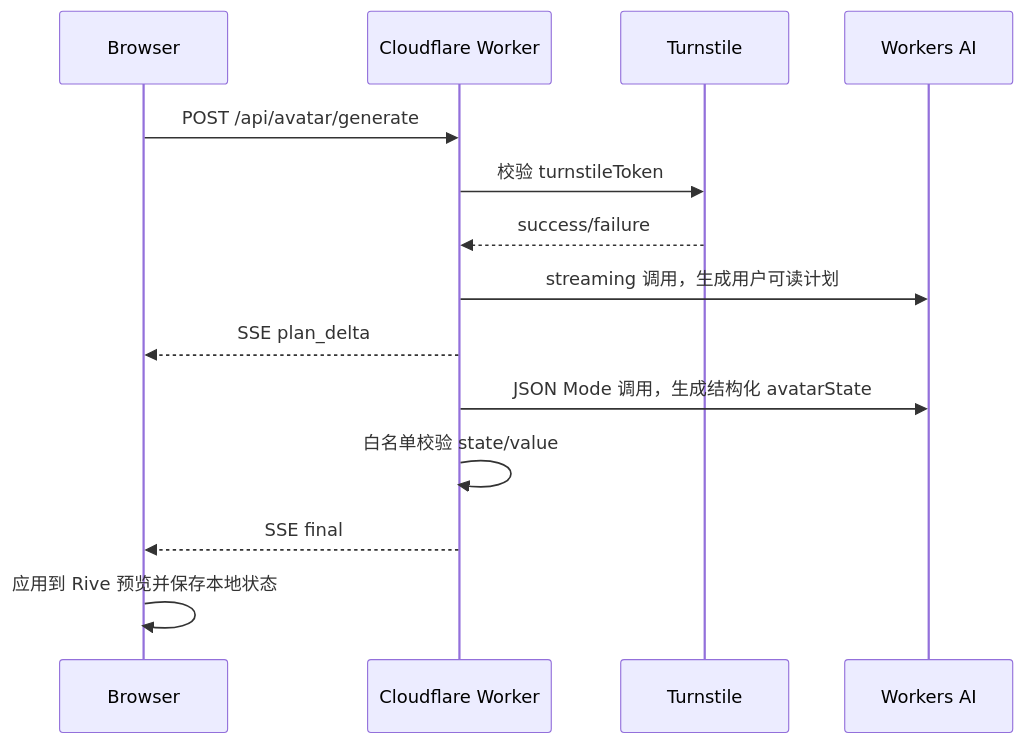
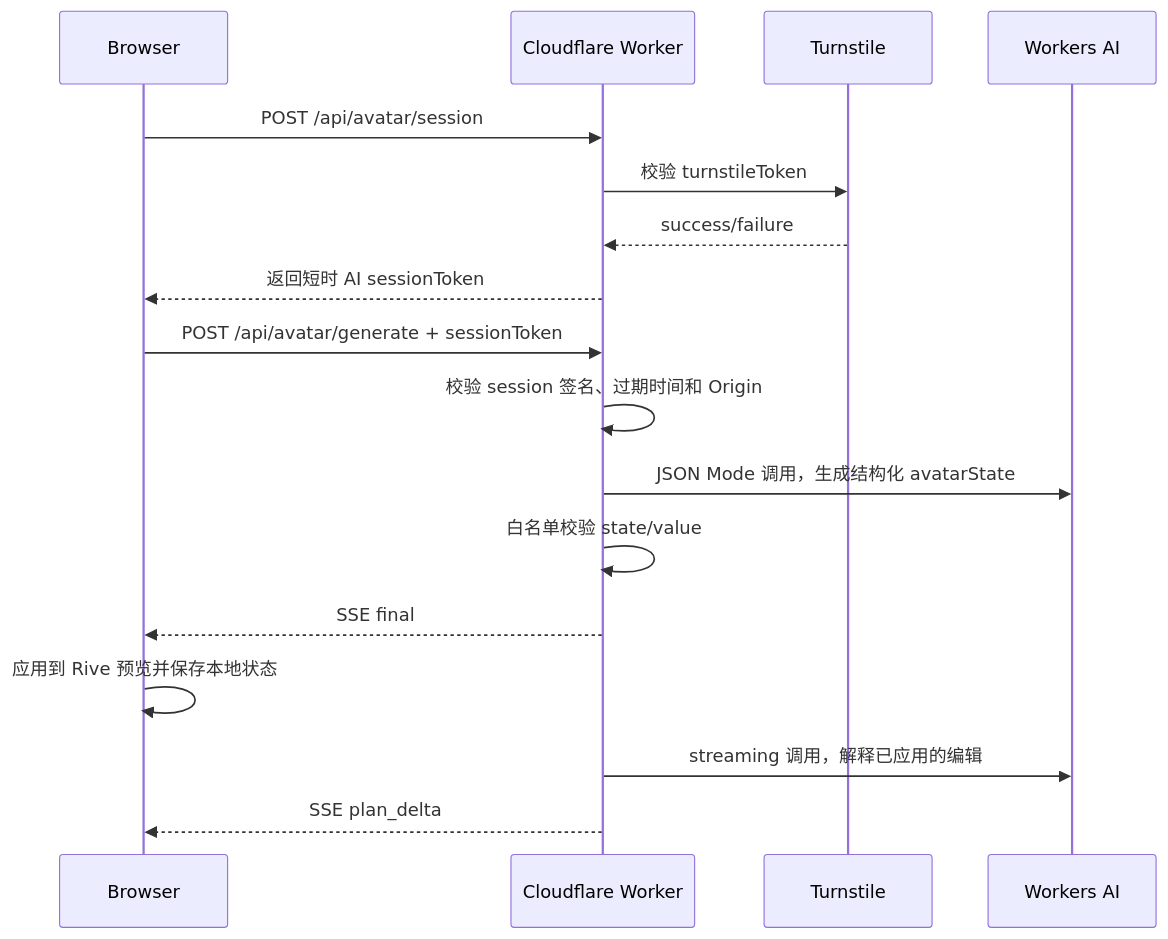
Before and after one commit to wishflow/duolingo-avator-creator: the second of 2 diagrams in docs/deployment-plan.md, drawn with Mermaid. The commit also changed other lines of this file and 5 other files, not shown here.

````diff
--- a/docs/deployment-plan.md
+++ b/docs/deployment-plan.md
@@ -39,17 +39,20 @@
 ```mermaid
 sequenceDiagram
   participant U as Browser
   participant W as Cloudflare Worker
   participant T as Turnstile
   participant A as Workers AI
 
-  U->>W: POST /api/avatar/generate
+  U->>W: POST /api/avatar/session
   W->>T: 校验 turnstileToken
   T-->>W: success/failure
-  W->>A: streaming 调用，生成用户可读计划
-  W-->>U: SSE plan_delta
+  W-->>U: 返回短时 AI sessionToken
+  U->>W: POST /api/avatar/generate + sessionToken
+  W->>W: 校验 session 签名、过期时间和 Origin
   W->>A: JSON Mode 调用，生成结构化 avatarState
   W->>W: 白名单校验 state/value
   W-->>U: SSE final
   U->>U: 应用到 Rive 预览并保存本地状态
+  W->>A: streaming 调用，解释已应用的编辑
+  W-->>U: SSE plan_delta
 ```
````
